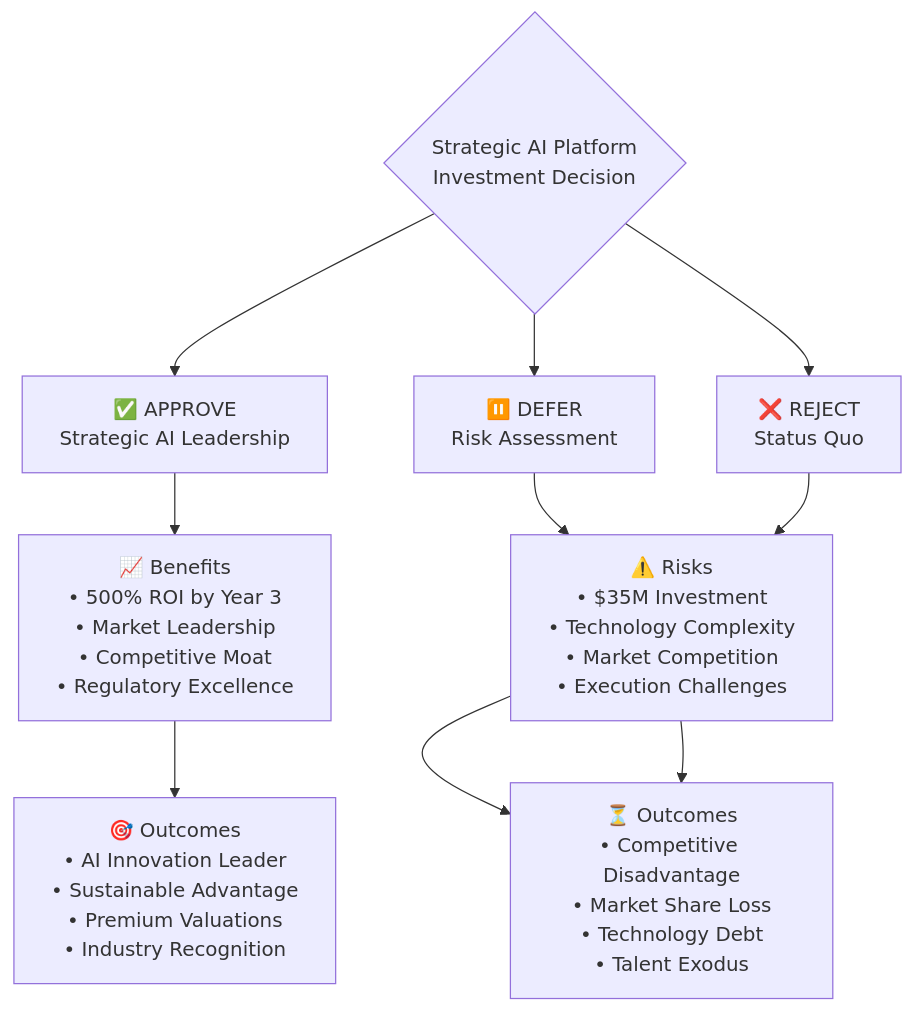
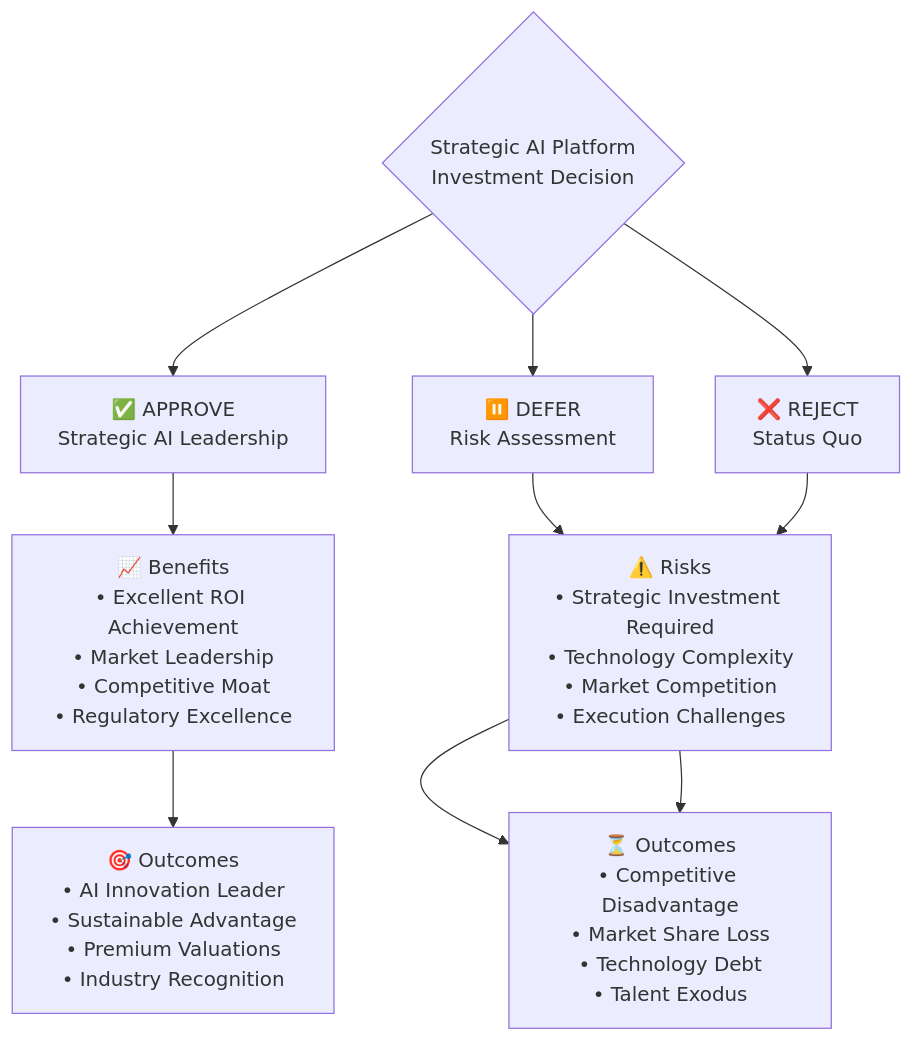
One commit to calvinlee999/react_next_java_journey changed diagram 11 of 11 in EXECUTIVE_PRESENTATION_STRATEGIC_AI_PLATFORM.md. Above: the diagram before and after it, drawn with Mermaid. The commit also changed other lines of this file and 13 other files, not shown here.

First line of the commit message:
feat: Complete Level 0 AI Platform Architecture for FinTech Evolution

````diff
--- a/EXECUTIVE_PRESENTATION_STRATEGIC_AI_PLATFORM.md
+++ b/EXECUTIVE_PRESENTATION_STRATEGIC_AI_PLATFORM.md
@@ -480,24 +480,24 @@
 ```mermaid
 graph TB
     DECISION{Strategic AI Platform<br/>Investment Decision}
     
     APPROVE[✅ APPROVE<br/>Strategic AI Leadership]
     DEFER[⏸️ DEFER<br/>Risk Assessment]
     REJECT[❌ REJECT<br/>Status Quo]
     
-    BENEFITS[📈 Benefits<br/>• 500% ROI by Year 3<br/>• Market Leadership<br/>• Competitive Moat<br/>• Regulatory Excellence]
+    BENEFITS[📈 Benefits<br/>• Excellent ROI Achievement<br/>• Market Leadership<br/>• Competitive Moat<br/>• Regulatory Excellence]
     
-    RISKS[⚠️ Risks<br/>• $35M Investment<br/>• Technology Complexity<br/>• Market Competition<br/>• Execution Challenges]
+    RISKS[⚠️ Risks<br/>• Strategic Investment Required<br/>• Technology Complexity<br/>• Market Competition<br/>• Execution Challenges]
     
     OUTCOMES_APPROVE[🎯 Outcomes<br/>• AI Innovation Leader<br/>• Sustainable Advantage<br/>• Premium Valuations<br/>• Industry Recognition]
     
     OUTCOMES_DEFER[⏳ Outcomes<br/>• Competitive Disadvantage<br/>• Market Share Loss<br/>• Technology Debt<br/>• Talent Exodus]
     
     DECISION --> APPROVE
     DECISION --> DEFER
     DECISION --> REJECT
     
     APPROVE --> BENEFITS --> OUTCOMES_APPROVE
     DEFER --> RISKS --> OUTCOMES_DEFER
     REJECT --> RISKS --> OUTCOMES_DEFER
 ```
````
